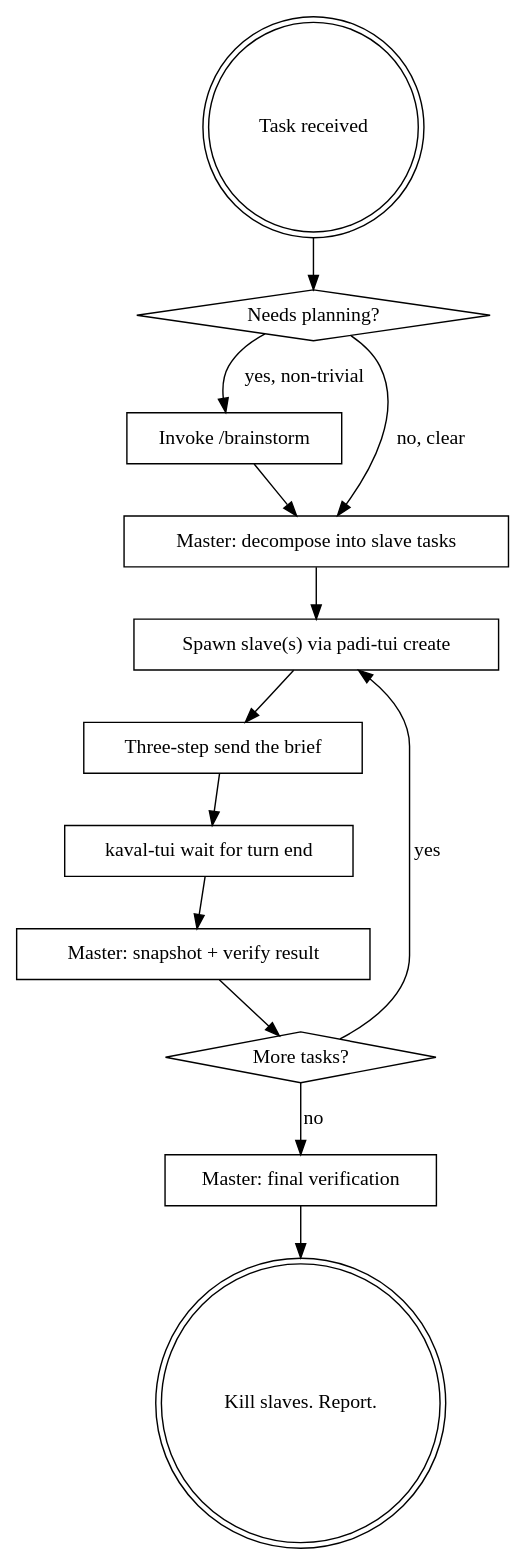
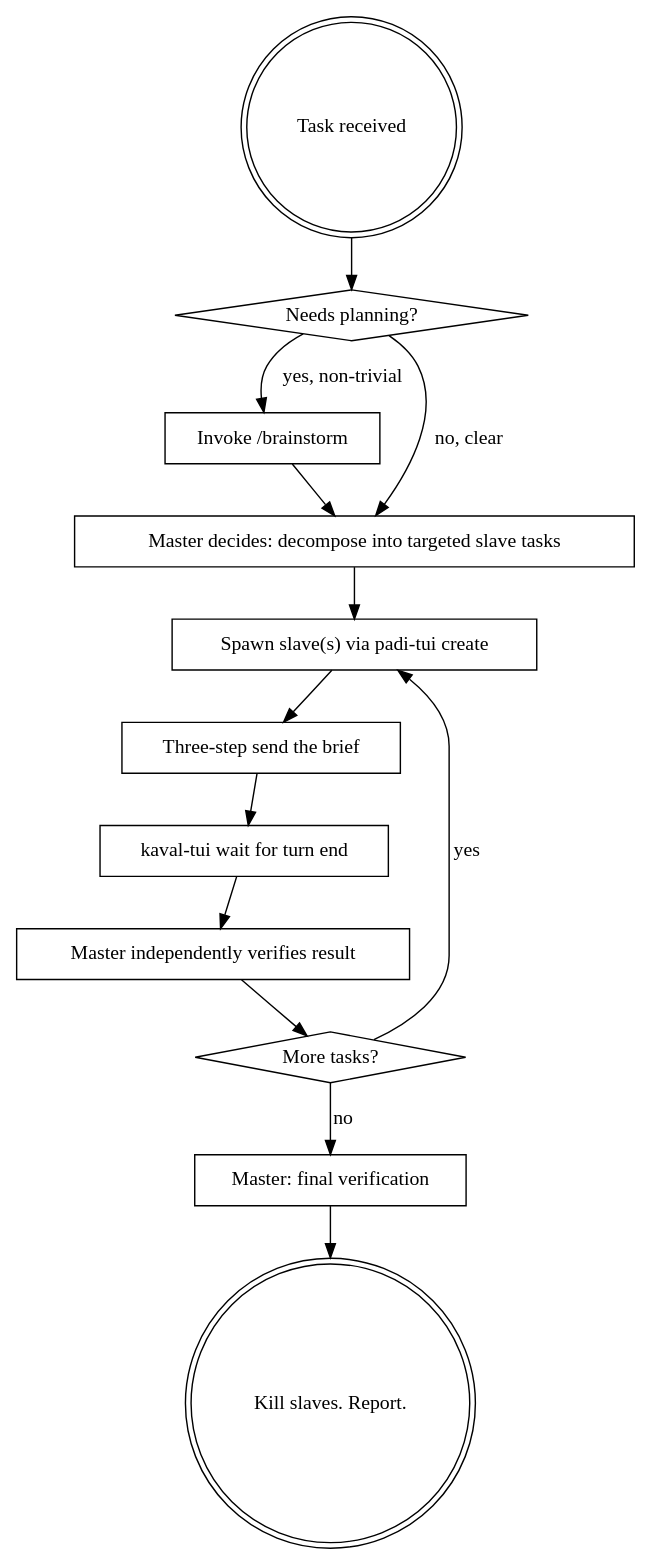
One commit to gupta-ujjwal/hm-configurations changed the diagram in agents/skills/execute/SKILL.md. Above: the diagram before and after it, drawn with Graphviz. The commit also changed other lines of this file, not shown here.

First line of the commit message:
Sharpen execute skill's master/slave framing

````diff
--- a/agents/skills/execute/SKILL.md
+++ b/agents/skills/execute/SKILL.md
@@ -27,28 +31,28 @@
 ```dot
 digraph execute_flow {
     "Task received" [shape=doublecircle];
     "Needs planning?" [shape=diamond];
     "Invoke /brainstorm" [shape=box];
-    "Master: decompose into slave tasks" [shape=box];
+    "Master decides: decompose into targeted slave tasks" [shape=box];
     "Spawn slave(s) via padi-tui create" [shape=box];
     "Three-step send the brief" [shape=box];
     "kaval-tui wait for turn end" [shape=box];
-    "Master: snapshot + verify result" [shape=box];
+    "Master independently verifies result" [shape=box];
     "More tasks?" [shape=diamond];
     "Master: final verification" [shape=box];
     "Kill slaves. Report." [shape=doublecircle];
 
     "Task received" -> "Needs planning?";
     "Needs planning?" -> "Invoke /brainstorm" [label="yes, non-trivial"];
-    "Needs planning?" -> "Master: decompose into slave tasks" [label="no, clear"];
-    "Invoke /brainstorm" -> "Master: decompose into slave tasks";
-    "Master: decompose into slave tasks" -> "Spawn slave(s) via padi-tui create";
+    "Needs planning?" -> "Master decides: decompose into targeted slave tasks" [label="no, clear"];
+    "Invoke /brainstorm" -> "Master decides: decompose into targeted slave tasks";
+    "Master decides: decompose into targeted slave tasks" -> "Spawn slave(s) via padi-tui create";
     "Spawn slave(s) via padi-tui create" -> "Three-step send the brief";
     "Three-step send the brief" -> "kaval-tui wait for turn end";
-    "kaval-tui wait for turn end" -> "Master: snapshot + verify result";
-    "Master: snapshot + verify result" -> "More tasks?";
+    "kaval-tui wait for turn end" -> "Master independently verifies result";
+    "Master independently verifies result" -> "More tasks?";
     "More tasks?" -> "Spawn slave(s) via padi-tui create" [label="yes"];
     "More tasks?" -> "Master: final verification" [label="no"];
     "Master: final verification" -> "Kill slaves. Report.";
 }
 ```
````
